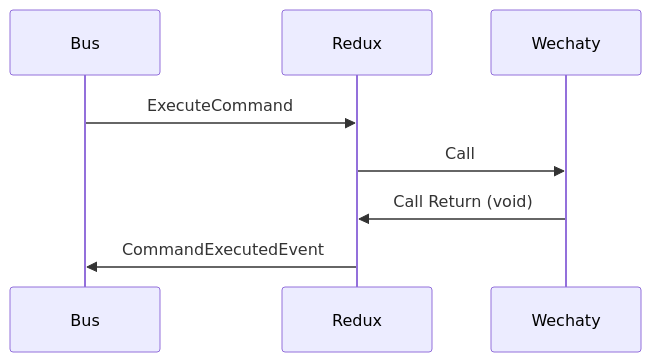
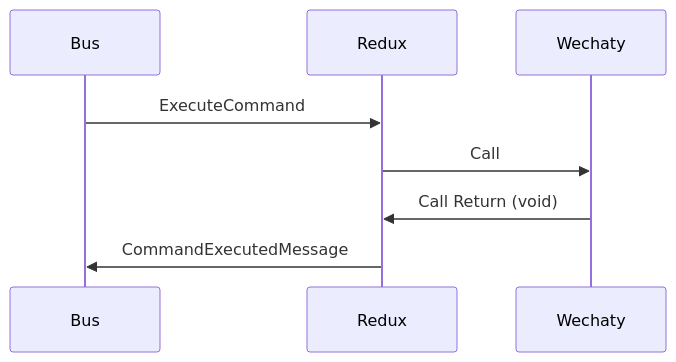
Before and after one commit to wechaty/cqrs: the second of 4 diagrams in README.md, drawn with Mermaid. The commit also changed other lines of this file and 1 other file, not shown here.

Commit message:
add event diagram

````diff
--- a/README.md
+++ b/README.md
@@ -90,11 +95,11 @@
 ```mermaid
 sequenceDiagram
     participant Bus
     participant Redux
     participant Wechaty
 
     Bus->>Redux: ExecuteCommand
     Redux->>Wechaty: Call
     Wechaty->>Redux: Call Return (void)
-    Redux->>Bus: CommandExecutedEvent
+    Redux->>Bus: CommandExecutedMessage
 ```
````
